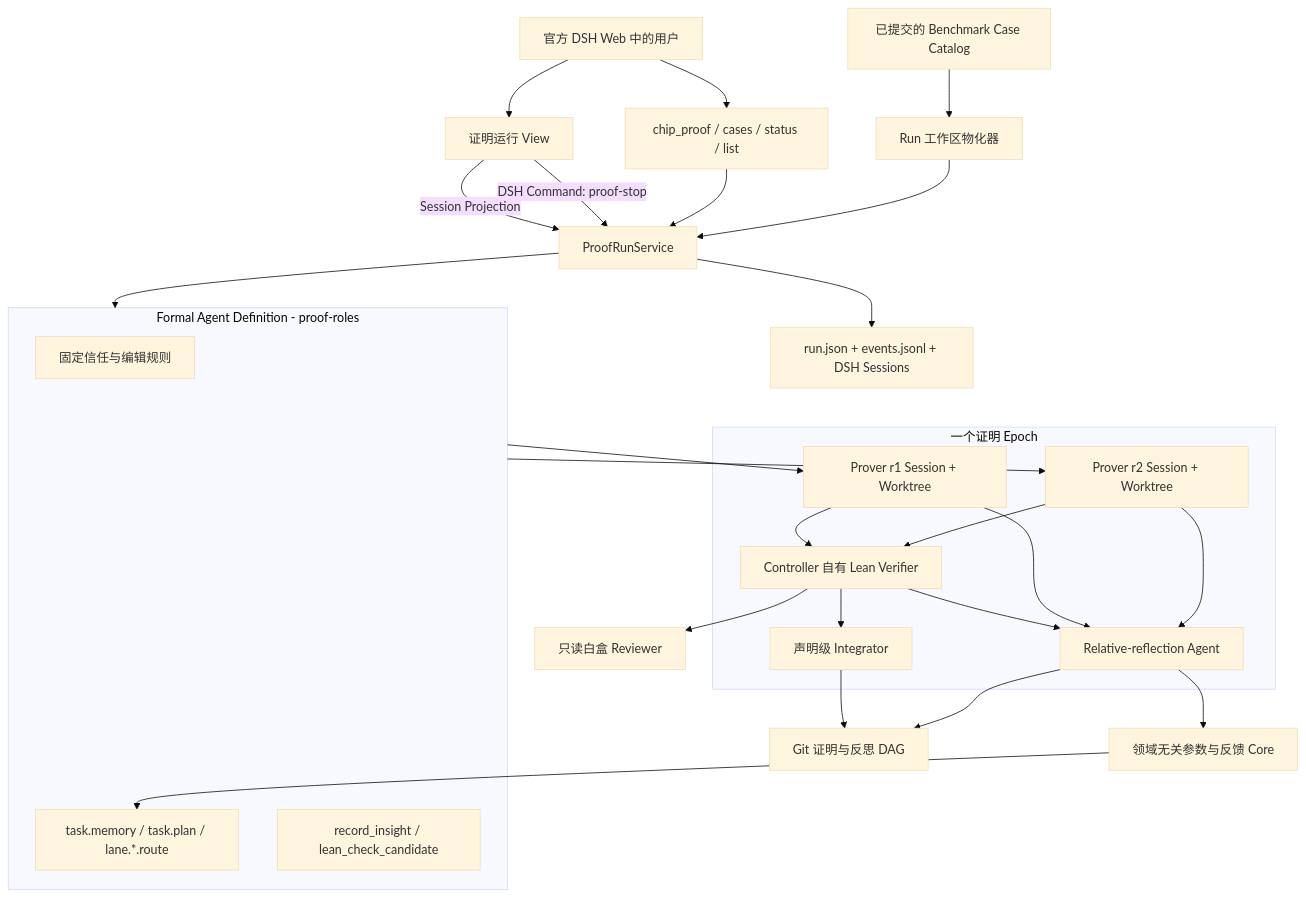
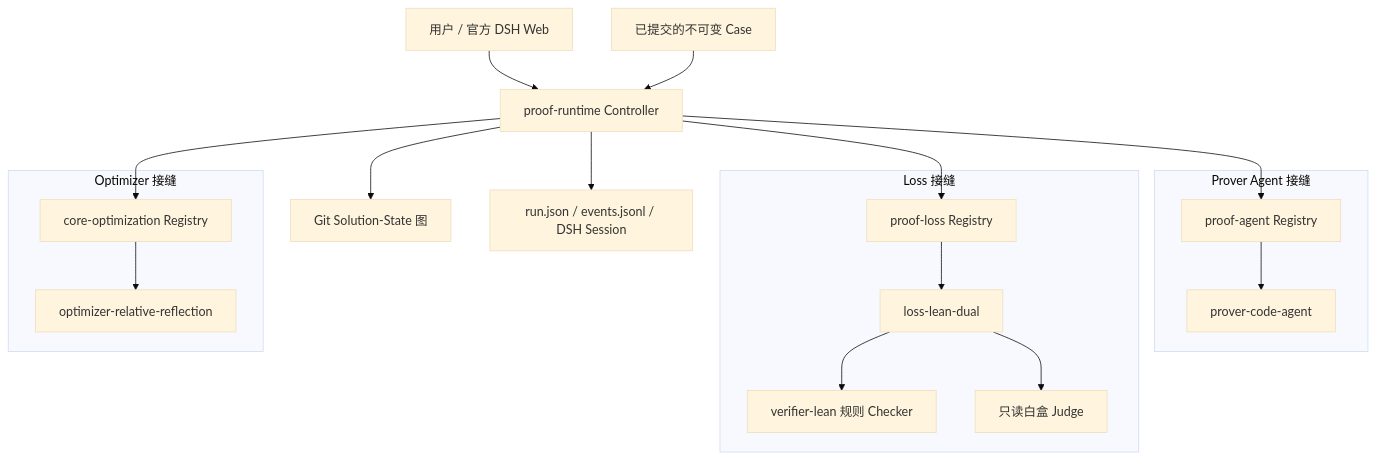
Before and after one commit to BruceLoveLee000/tokens-as-parameters: the first of 2 diagrams in docs/zh-CN/architecture/dsh-formal-proof-bundle.md, drawn with Mermaid (base theme). The commit also changed other lines of this file and 50 other files, not shown here.

Commit message:
feat: make formal proof training roles pluggable

````diff
--- a/docs/zh-CN/architecture/dsh-formal-proof-bundle.md
+++ b/docs/zh-CN/architecture/dsh-formal-proof-bundle.md
@@ -11,45 +11,26 @@
 ```mermaid
 flowchart TB
-  User[官方 DSH Web 中的用户] --> Tools[chip_proof / cases / status / list]
-  User --> Web[证明运行 View]
-  Web -->|Session Projection| Runtime
-  Web -->|DSH Command: proof-stop| Runtime
-  Tools --> Runtime[ProofRunService]
-  Catalog[已提交的 Benchmark Case Catalog] --> Materializer[Run 工作区物化器]
-  Materializer --> Runtime
-
-  subgraph Definition[Formal Agent Definition - proof-roles]
-    Fixed[固定信任与编辑规则]
-    Params[task.memory / task.plan / lane.*.route]
-    DomainTools[record_insight / lean_check_candidate]
+  User[用户 / 官方 DSH Web] --> Runtime[proof-runtime Controller]
+  Cases[已提交的不可变 Case] --> Runtime
+  subgraph Prover[Prover Agent 接缝]
+    AgentRegistry[proof-agent Registry]
+    CodeAgent[prover-code-agent]
   end
-
-  subgraph Epoch[一个证明 Epoch]
-    R1[Prover r1 Session + Worktree]
-    R2[Prover r2 Session + Worktree]
-    Checker[Controller 自有 Lean Verifier]
-    Integrator[声明级 Integrator]
-    Reflector[Relative-reflection Agent]
+  subgraph Loss[Loss 接缝]
+    LossRegistry[proof-loss Registry]
+    Dual[loss-lean-dual]
+    Lean[verifier-lean 规则 Checker]
+    Judge[只读白盒 Judge]
   end
-
-  Core[领域无关参数与反馈 Core]
-  Git[Git 证明与反思 DAG]
-  Observer[run.json + events.jsonl + DSH Sessions]
-  Reviewer[只读白盒 Reviewer]
-
-  Runtime --> Definition
-  Definition --> R1
-  Definition --> R2
-  Core --> Params
-  R1 --> Checker
-  R2 --> Checker
-  Checker --> Integrator
-  Checker --> Reflector
-  R1 --> Reflector
-  R2 --> Reflector
-  Reflector --> Core
-  Integrator --> Git
-  Reflector --> Git
-  Runtime --> Observer
-  Checker --> Reviewer
+  subgraph Optimizer[Optimizer 接缝]
+    Optimization[core-optimization Registry]
+    Reflection[optimizer-relative-reflection]
+  end
+  Runtime --> AgentRegistry --> CodeAgent
+  Runtime --> LossRegistry --> Dual
+  Dual --> Lean
+  Dual --> Judge
+  Runtime --> Optimization --> Reflection
+  Runtime --> Git[Git Solution-State 图]
+  Runtime --> Observer[run.json / events.jsonl / DSH Session]
 ```
````
